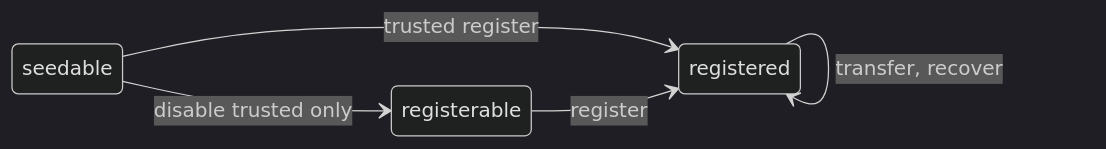
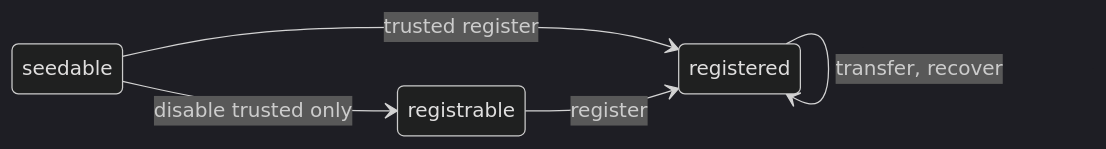
One commit to farcasterxyz/contracts changed the second of 3 diagrams in docs/docs.md. Above: the diagram before and after it, drawn with Mermaid (dark theme). The commit also changed other lines of this file and 5 other files, not shown here.

````diff
--- a/docs/docs.md
+++ b/docs/docs.md
@@ -84,8 +85,8 @@
 ```mermaid
     stateDiagram-v2
         direction LR
-        seedable --> registerable: disable trusted only
+        seedable --> registrable: disable trusted only
         seedable --> registered: trusted register
-        registerable --> registered: register
+        registrable --> registered: register
         registered --> registered: transfer, recover
 ```
````
